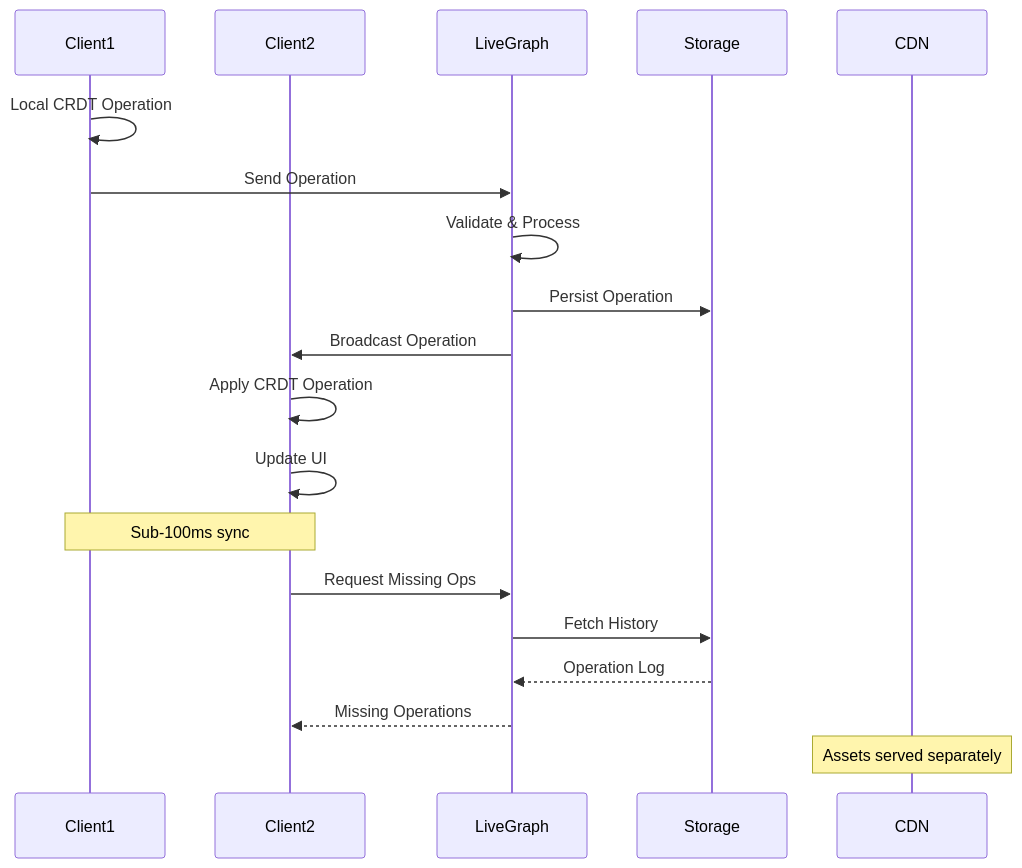
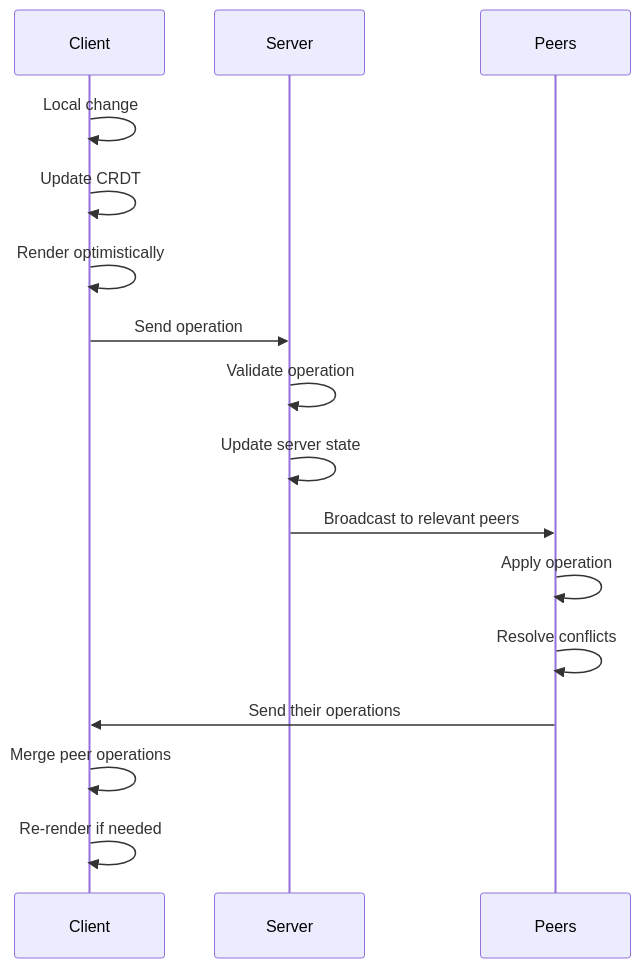
The seventh of 7 diagrams in docs/case-studies/elite-engineering/figma-crdt-collaboration.md (deepaucksharma/DStudio), drawn with Mermaid before and after one commit. The commit also changed other lines of this file and 23 other files, not shown here.

````diff
--- a/docs/case-studies/elite-engineering/figma-crdt-collaboration.md
+++ b/docs/case-studies/elite-engineering/figma-crdt-collaboration.md
@@ -135,27 +562,22 @@
-```mermaid
-sequenceDiagram
-    participant Client1
-    participant Client2
-    participant LiveGraph
-    participant Storage
-    participant CDN
-    
-    Client1->>Client1: Local CRDT Operation
-    Client1->>LiveGraph: Send Operation
-    
-    LiveGraph->>LiveGraph: Validate & Process
-    LiveGraph->>Storage: Persist Operation
-    LiveGraph->>Client2: Broadcast Operation
-    
-    Client2->>Client2: Apply CRDT Operation
-    Client2->>Client2: Update UI
-    
-    Note over Client1,Client2: Sub-100ms sync
-    
-    Client2->>LiveGraph: Request Missing Ops
-    LiveGraph->>Storage: Fetch History
-    Storage-->>LiveGraph: Operation Log
-    LiveGraph-->>Client2: Missing Operations
-    
-    Note over CDN: Assets served separately
-```
+   ```mermaid
+   sequenceDiagram
+     participant Client
+     participant Server
+     participant Peers
+     
+     Client->>Client: Local change
+     Client->>Client: Update CRDT
+     Client->>Client: Render optimistically
+     
+     Client->>Server: Send operation
+     Server->>Server: Validate operation
+     Server->>Server: Update server state
+     Server->>Peers: Broadcast to relevant peers
+     
+     Peers->>Peers: Apply operation
+     Peers->>Peers: Resolve conflicts
+     Peers->>Client: Send their operations
+     
+     Client->>Client: Merge peer operations
+     Client->>Client: Re-render if needed
+   ```
````
